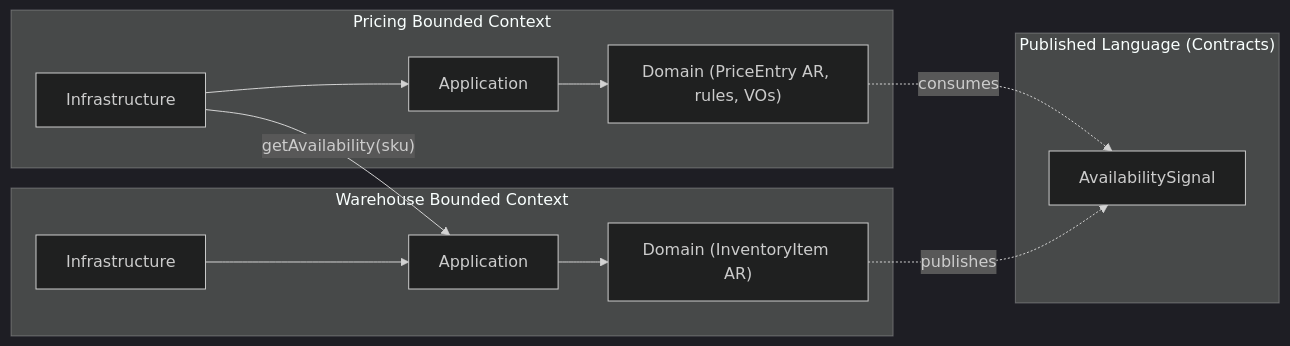
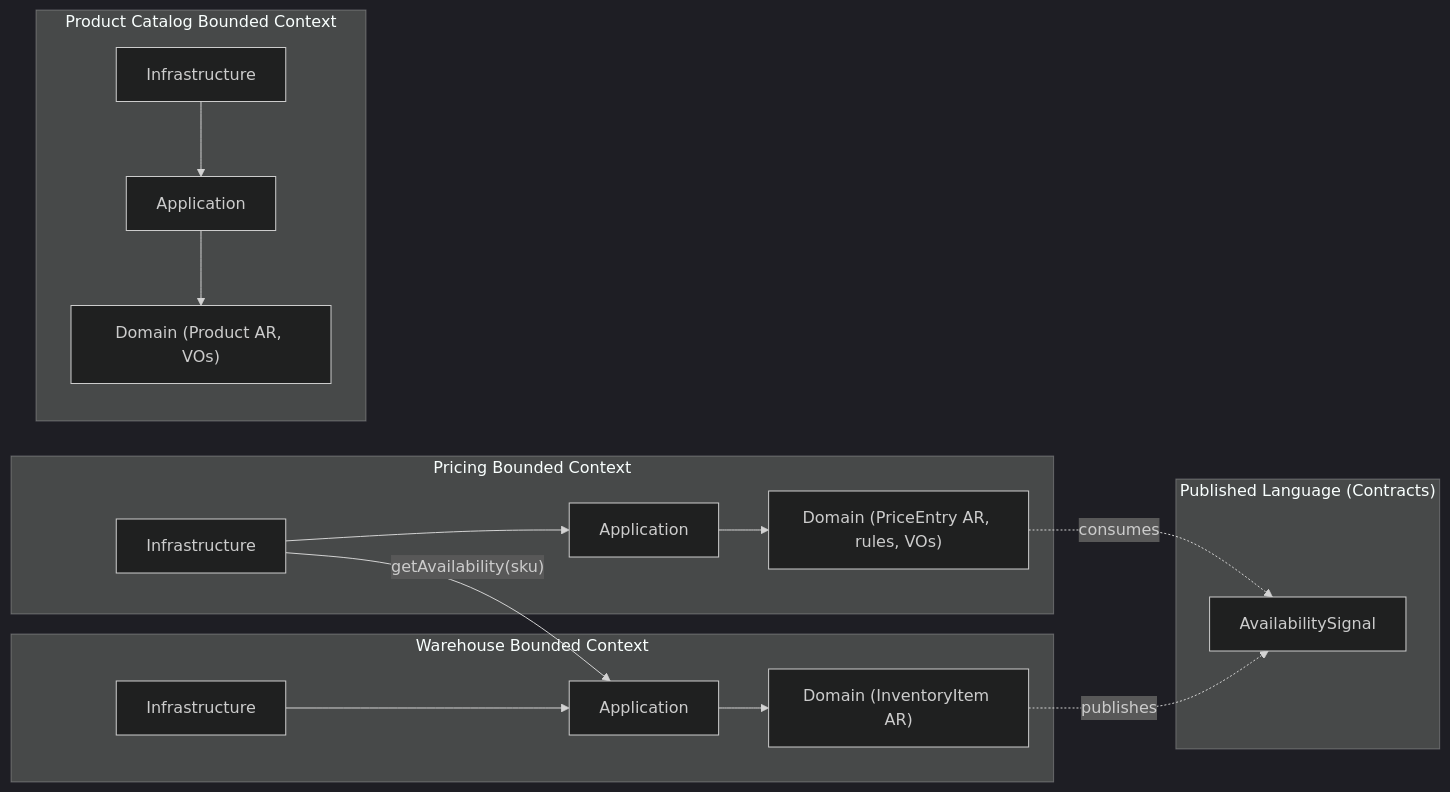
Before and after one commit to sesigl/ai-efficiency: the diagram in architecture/contexts.mermaid, drawn with Mermaid (dark theme). The commit also changed 15 other files, not shown here.

First line of the commit message:
feat: add Product Catalog bounded context with UC-C1 and UC-C2

```diff
--- a/architecture/contexts.mermaid
+++ b/architecture/contexts.mermaid
@@ -1,28 +1,36 @@
 flowchart LR
   subgraph Contracts["Published Language (Contracts)"]
     AvailabilitySignal[AvailabilitySignal]
   end
 
   subgraph Pricing["Pricing Bounded Context"]
     PApp["Application"]
     PDom["Domain (PriceEntry AR, rules, VOs)"]
     PInfra["Infrastructure"]
     PInfra --> PApp --> PDom
   end
 
   subgraph Warehouse["Warehouse Bounded Context"]
     WApp["Application"]
     WDom["Domain (InventoryItem AR)"]
     WInfra["Infrastructure"]
     WInfra --> WApp --> WDom
   end
 
+  subgraph Catalog["Product Catalog Bounded Context"]
+    CApp["Application"]
+    CDom["Domain (Product AR, VOs)"]
+    CInfra["Infrastructure"]
+    CInfra --> CApp --> CDom
+  end
+
   PDom -. "consumes" .-> AvailabilitySignal
   WDom -. "publishes" .-> AvailabilitySignal
   PInfra -->|"getAvailability(sku)"| WApp
 
   %% Relationship Notes:
   %% - Customer-Supplier: Pricing (Customer) depends on Warehouse (Supplier)
   %% - Published Language: AvailabilitySignal is the contract
   %% - Warehouse does NOT know about Pricing
   %% - Pricing cannot access Warehouse internals
+  %% - Catalog is fully independent: no dependencies on Warehouse or Pricing
```
